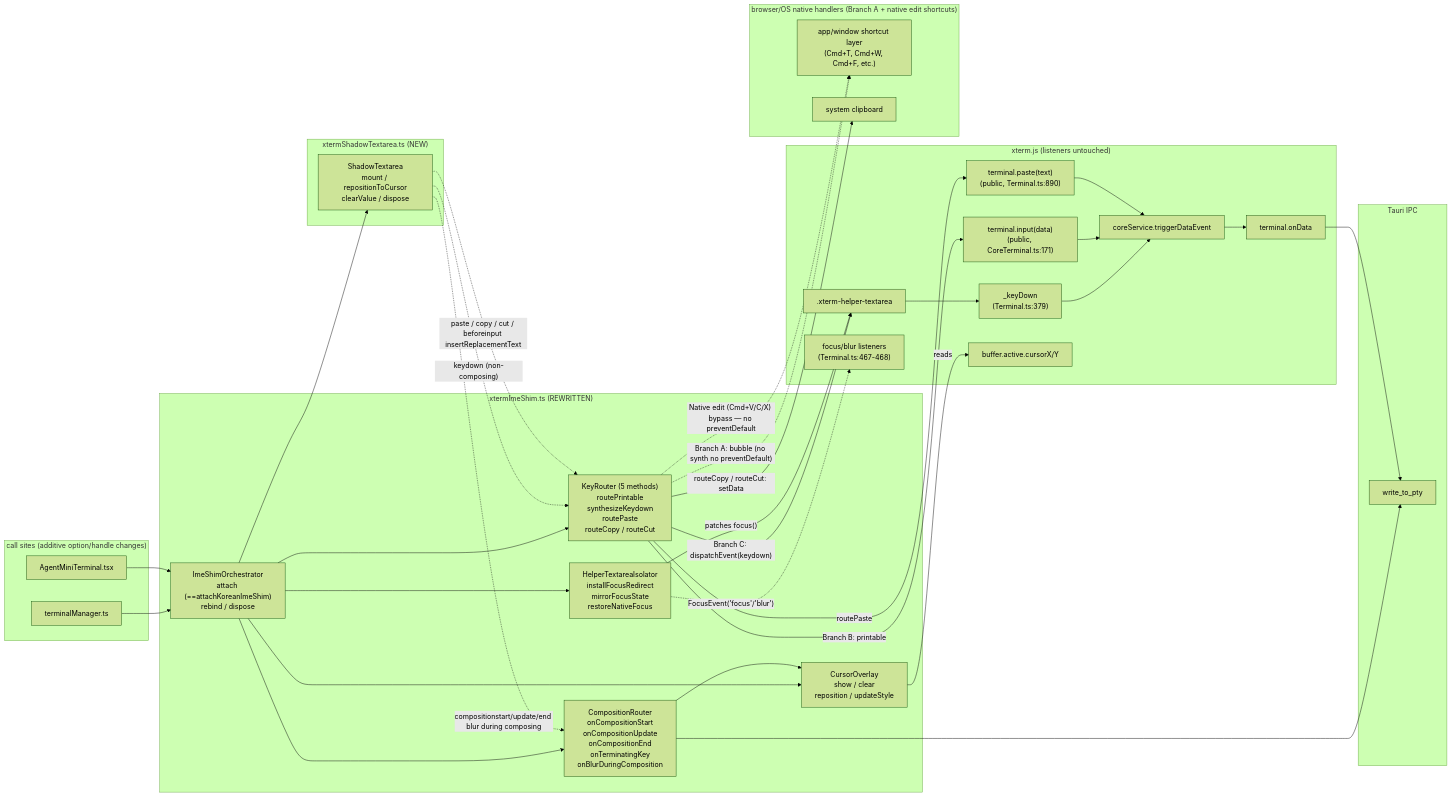
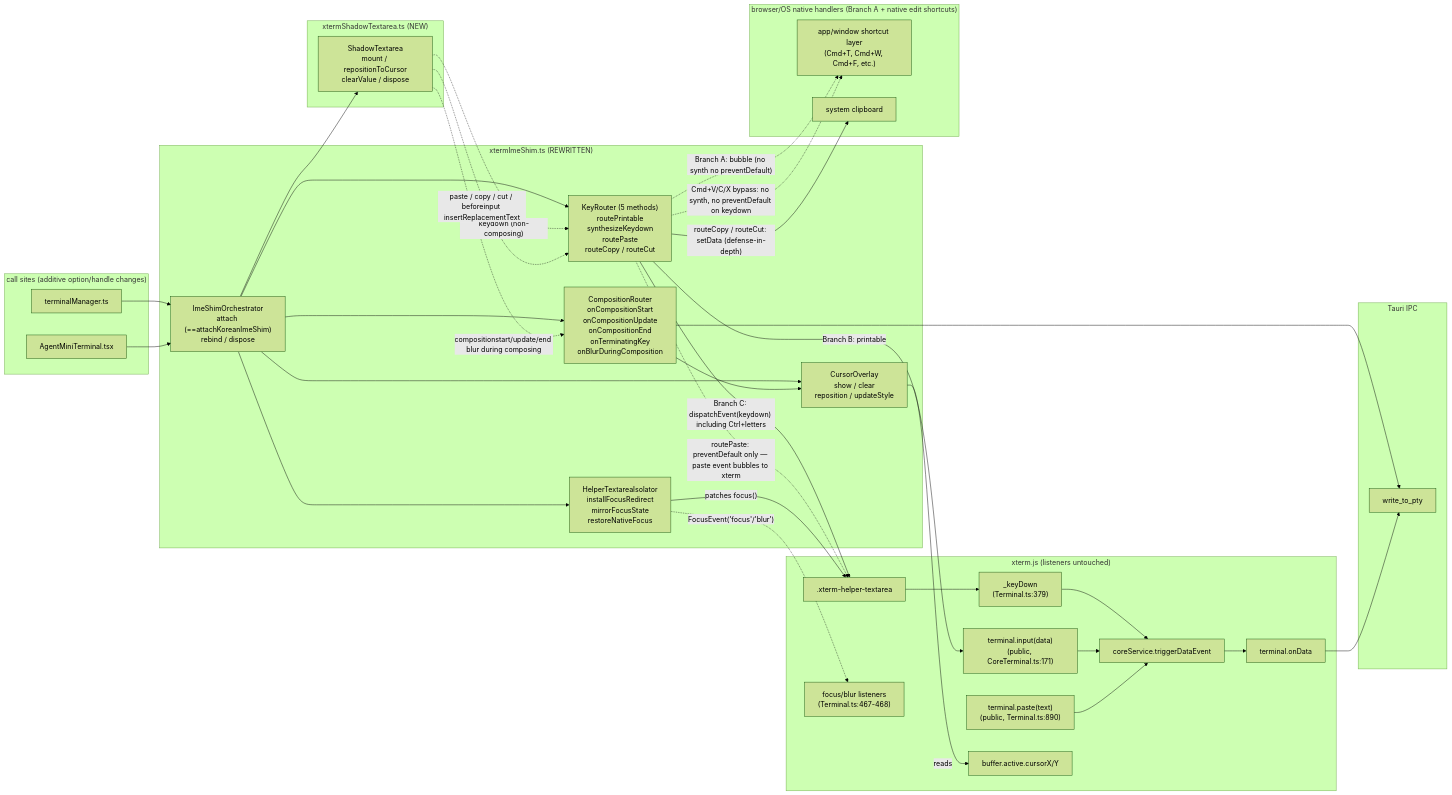
One commit to yes506/canvas-terminal changed the diagram in plan.mmd. Above: the diagram before and after it, drawn with Mermaid (forest theme). The commit also changed 1 other file, not shown here.

```diff
--- a/plan.mmd
+++ b/plan.mmd
@@ -1,66 +1,66 @@
 flowchart LR
     subgraph CallSites["call sites (additive option/handle changes)"]
         TM["terminalManager.ts"]
         AMT["AgentMiniTerminal.tsx"]
     end
     subgraph ShadowFile["xtermShadowTextarea.ts (NEW)"]
         ST["ShadowTextarea<br/>mount / repositionToCursor<br/>clearValue / dispose"]
     end
     subgraph ShimFile["xtermImeShim.ts (REWRITTEN)"]
         ISO["ImeShimOrchestrator<br/>attach (==attachKoreanImeShim)<br/>rebind / dispose"]
         CR["CompositionRouter<br/>onCompositionStart<br/>onCompositionUpdate<br/>onCompositionEnd<br/>onTerminatingKey<br/>onBlurDuringComposition"]
         KR["KeyRouter (5 methods)<br/>routePrintable<br/>synthesizeKeydown<br/>routePaste<br/>routeCopy / routeCut"]
         OV["CursorOverlay<br/>show / clear<br/>reposition / updateStyle"]
         HTI["HelperTextareaIsolator<br/>installFocusRedirect<br/>mirrorFocusState<br/>restoreNativeFocus"]
     end
     subgraph XtermInternals["xterm.js (listeners untouched)"]
         HT[".xterm-helper-textarea"]
         KD["_keyDown<br/>(Terminal.ts:379)"]
         INPUT_API["terminal.input(data)<br/>(public, CoreTerminal.ts:171)"]
         PASTE_API["terminal.paste(text)<br/>(public, Terminal.ts:890)"]
         FOCUS_LIS["focus/blur listeners<br/>(Terminal.ts:467-468)"]
         TD["coreService.triggerDataEvent"]
         OD["terminal.onData"]
         BUF["buffer.active.cursorX/Y"]
     end
     subgraph BrowserNative["browser/OS native handlers (Branch A + native edit shortcuts)"]
         APP_LAYER["app/window shortcut layer<br/>(Cmd+T, Cmd+W, Cmd+F, etc.)"]
         CLIPBOARD["system clipboard"]
     end
     subgraph Tauri["Tauri IPC"]
         PTY["write_to_pty"]
     end
 
     TM --> ISO
     AMT --> ISO
     ISO --> ST
     ISO --> CR
     ISO --> KR
     ISO --> OV
     ISO --> HTI
 
     ST -. "compositionstart/update/end blur during composing" .-> CR
     ST -. "keydown (non-composing)" .-> KR
     ST -. "paste / copy / cut / beforeinput insertReplacementText" .-> KR
 
     CR --> PTY
     CR --> OV
 
     KR -. "Branch A: bubble (no synth no preventDefault)" .-> APP_LAYER
-    KR -. "Native edit (Cmd+V/C/X) bypass — no preventDefault" .-> APP_LAYER
+    KR -. "Cmd+V/C/X bypass: no synth, no preventDefault on keydown" .-> APP_LAYER
     KR -- "Branch B: printable" --> INPUT_API
-    KR -- "Branch C: dispatchEvent(keydown)" --> HT
-    KR -- "routePaste" --> PASTE_API
-    KR -- "routeCopy / routeCut: setData" --> CLIPBOARD
+    KR -- "Branch C: dispatchEvent(keydown) including Ctrl+letters" --> HT
+    KR -. "routePaste: preventDefault only — paste event bubbles to xterm" .-> HT
+    KR -- "routeCopy / routeCut: setData (defense-in-depth)" --> CLIPBOARD
 
     HT --> KD
     KD --> TD
     INPUT_API --> TD
     PASTE_API --> TD
     TD --> OD
     OD --> PTY
 
     HTI -- "patches focus()" --> HT
     HTI -. "FocusEvent('focus'/'blur')" .-> FOCUS_LIS
 
     OV -- "reads" --> BUF
```
